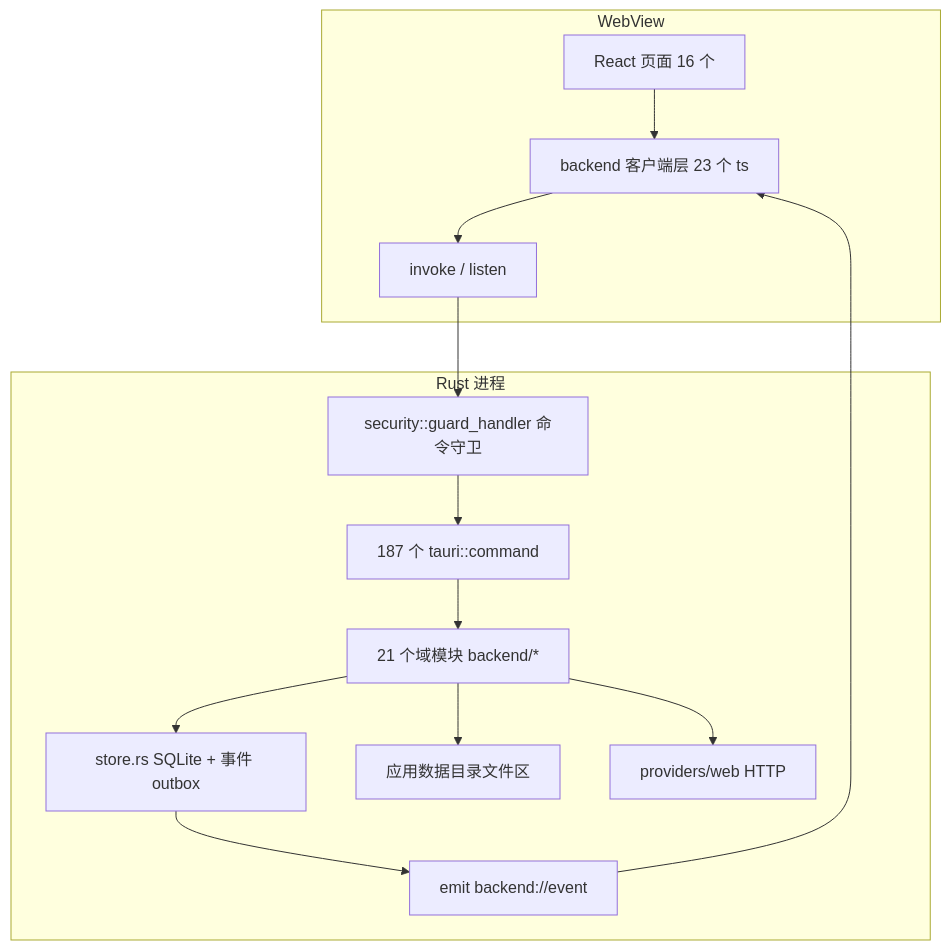
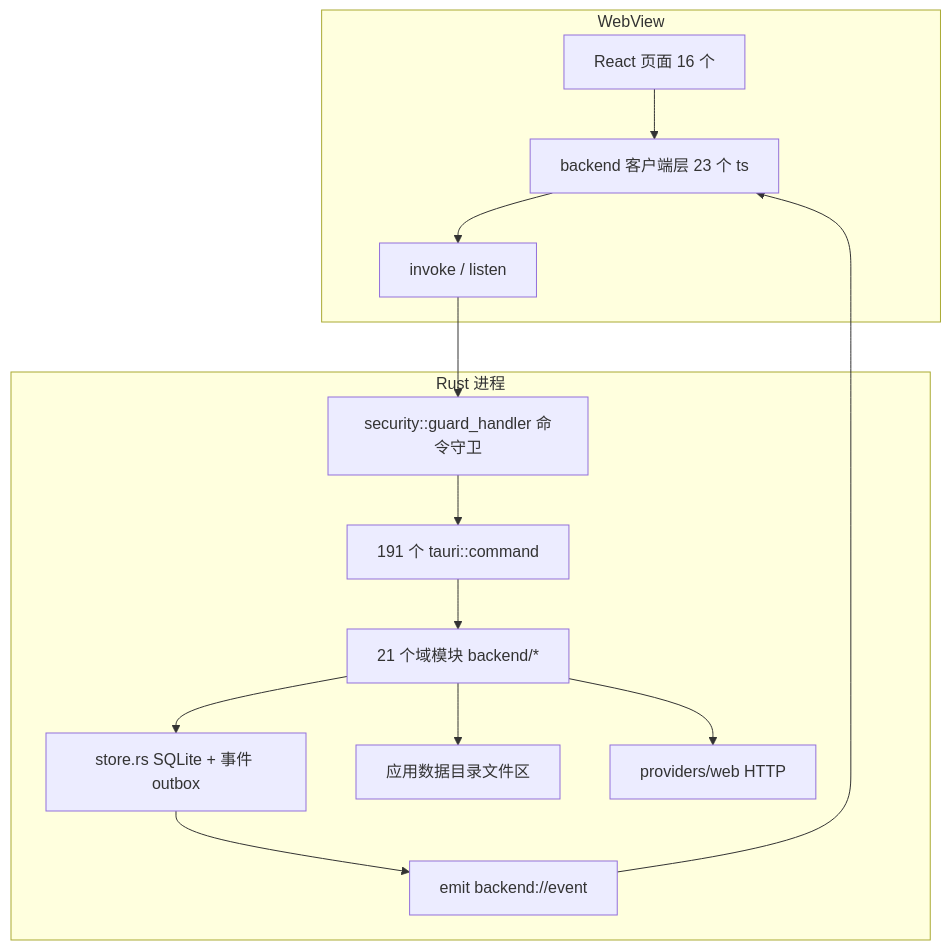
The first of 5 diagrams in docs/architecture/01-architecture.md (hershate/Deep-tutor), drawn with Mermaid before and after one commit. The commit also changed other lines of this file and 5 other files, not shown here.

````diff
--- a/docs/architecture/01-architecture.md
+++ b/docs/architecture/01-architecture.md
@@ -9,17 +9,17 @@
 ```mermaid
 graph TD
     subgraph WebView
         P[React 页面 16 个] --> CL[backend 客户端层 23 个 ts]
         CL --> IP[invoke / listen]
     end
     subgraph Rust 进程
         IP --> GH[security::guard_handler 命令守卫]
-        GH --> CMD[187 个 tauri::command]
+        GH --> CMD[191 个 tauri::command]
         CMD --> DOM[21 个域模块 backend/*]
         DOM --> ST[store.rs SQLite + 事件 outbox]
         DOM --> FS[应用数据目录文件区]
         DOM --> NET[providers/web HTTP]
         ST --> EMIT[emit backend://event]
     end
     EMIT --> CL
 ```
````
